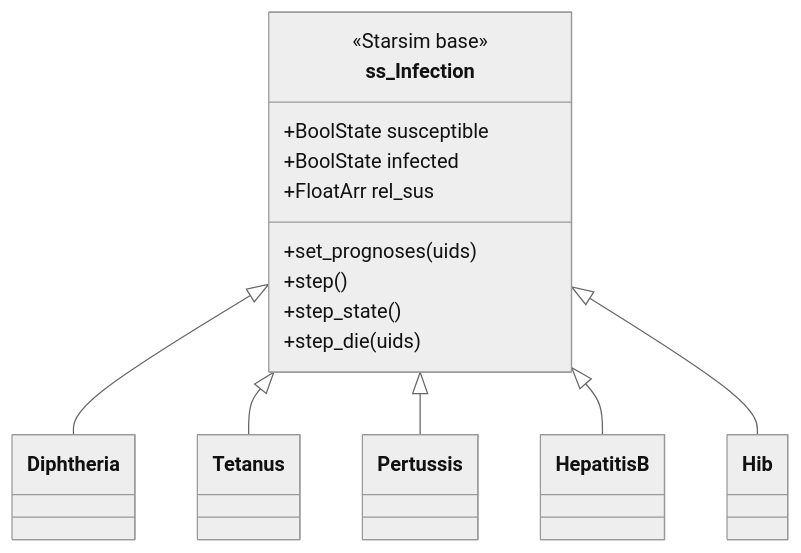
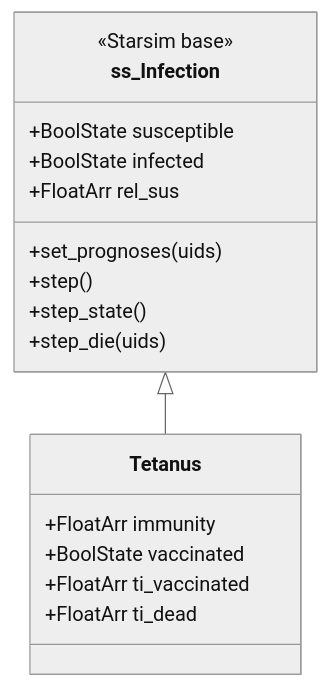
Before and after one commit to starsimhub/zdsim: the eighth of 12 diagrams in docs/ARCHITECTURE.md, drawn with Mermaid (neutral theme). The commit also changed other lines of this file, not shown here.

````diff
--- a/docs/ARCHITECTURE.md
+++ b/docs/ARCHITECTURE.md
@@ -301,25 +292,22 @@
 ```mermaid
 classDiagram
     class ss_Infection {
         <<Starsim base>>
         +BoolState susceptible
         +BoolState infected
         +FloatArr rel_sus
         +set_prognoses(uids)
         +step()
         +step_state()
         +step_die(uids)
     }
 
-    class Diphtheria
-    class Tetanus
-    class Pertussis
-    class HepatitisB
-    class Hib
+    class Tetanus {
+        +FloatArr immunity
+        +BoolState vaccinated
+        +FloatArr ti_vaccinated
+        +FloatArr ti_dead
+    }
 
-    ss_Infection <|-- Diphtheria
     ss_Infection <|-- Tetanus
-    ss_Infection <|-- Pertussis
-    ss_Infection <|-- HepatitisB
-    ss_Infection <|-- Hib
 ```
````
